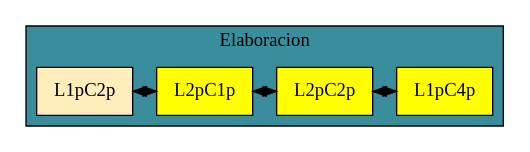
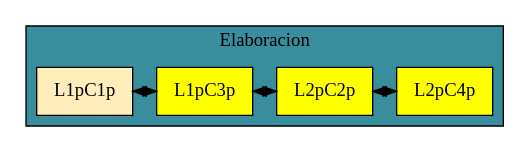
One commit to JosephMarroquin/IPC2_Proyecto2_202010316 changed the diagram in graphviz.dot. Above: the diagram before and after it, drawn with Graphviz. The commit also changed 27 other files, not shown here.

```diff
--- a/graphviz.dot
+++ b/graphviz.dot
@@ -1,30 +1,30 @@
 
             digraph L{
     node[shape=box fillcolor="#FFEDBB" style=filled]
     
     subgraph cluster_p{
         label="Elaboracion"
         bgcolor="#398D9C"
-        raiz[label=L1pC2p]
+        raiz[label=L1pC1p]
         edge[dir="both"]
             
-        Columna1[label=L2pC1p,group=1,fillcolor=yellow];
+        Columna1[label=L1pC3p,group=1,fillcolor=yellow];
 
         
         Columna2[label=L2pC2p,group=2,fillcolor=yellow];
 
         
-        Columna3[label=L1pC4p,group=3,fillcolor=yellow];
+        Columna3[label=L2pC4p,group=3,fillcolor=yellow];
 
         
             Columna1->Columna2
             
             Columna2->Columna3
             
         raiz->Columna1
         {rank=same;raiz;
             Columna1;
             Columna2;
             Columna3;}
     }
 }
```
